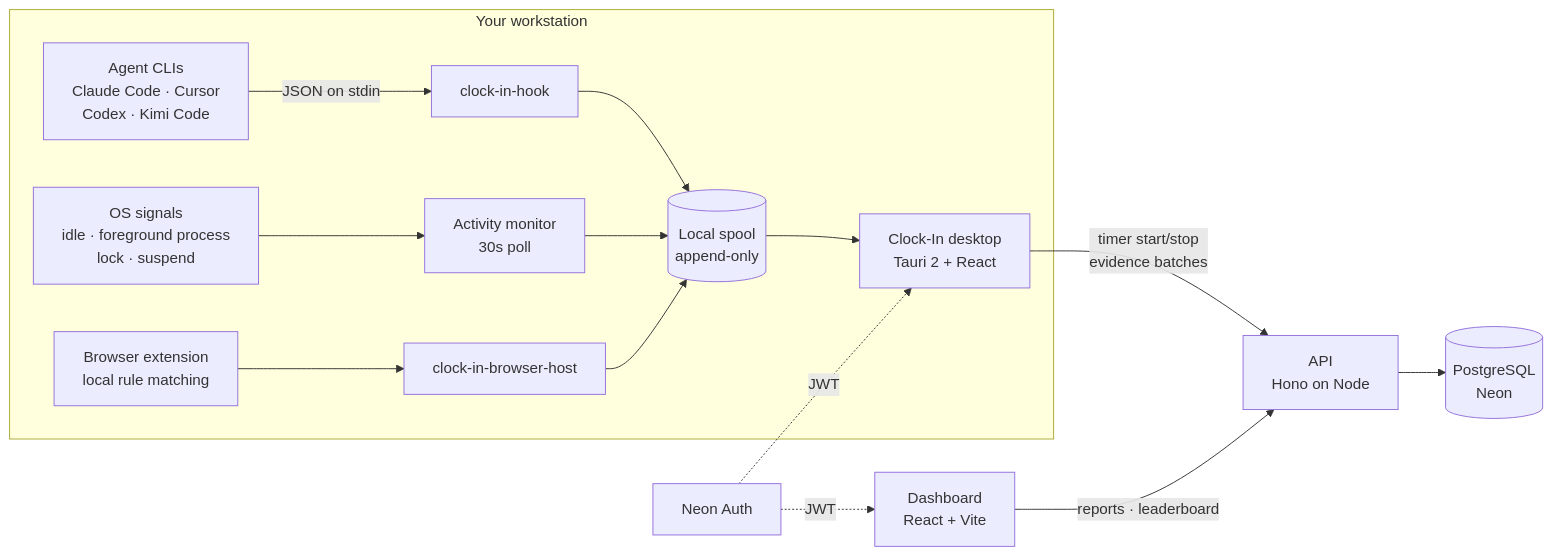
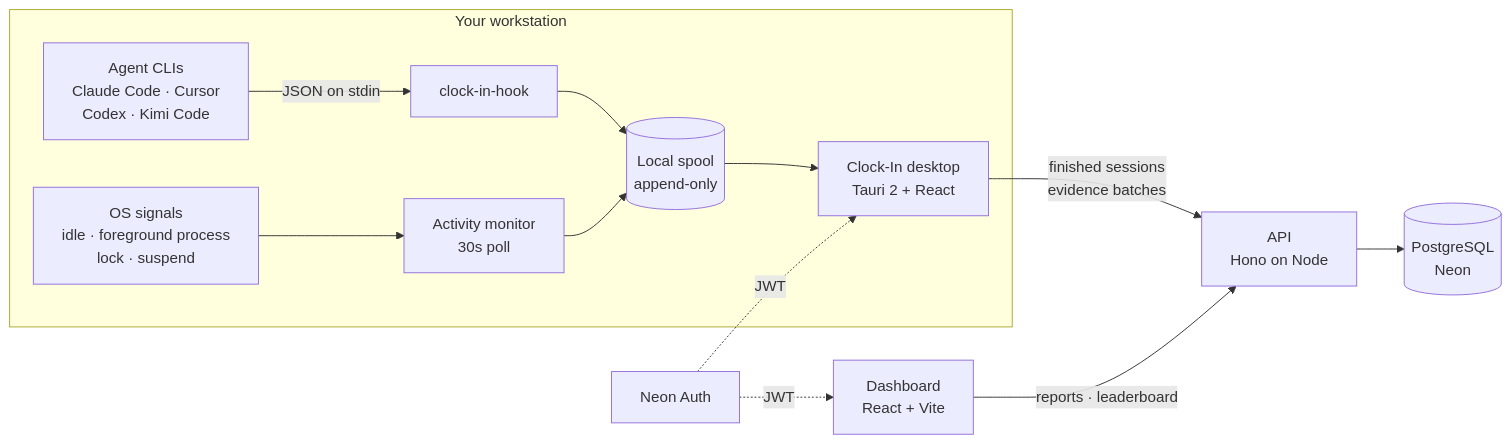
The diagram in README.md (fpresta0607/Clock-In), drawn with Mermaid before and after one commit. The commit also changed other lines of this file, not shown here.

````diff
--- a/README.md
+++ b/README.md
@@ -56,18 +48,16 @@
 ```mermaid
 flowchart LR
     subgraph WS["Your workstation"]
         CLI["Agent CLIs<br/>Claude Code · Cursor<br/>Codex · Kimi Code"] -->|"JSON on stdin"| HOOK["clock-in-hook"]
         OS["OS signals<br/>idle · foreground process<br/>lock · suspend"] --> MON["Activity monitor<br/>30s poll"]
         HOOK --> SPOOL[("Local spool<br/>append-only")]
         MON --> SPOOL
-        EXT["Browser extension<br/>local rule matching"] --> BHOST["clock-in-browser-host"]
-        BHOST --> SPOOL
         SPOOL --> APP["Clock-In desktop<br/>Tauri 2 + React"]
     end
 
-    APP -->|"timer start/stop<br/>evidence batches"| API["API<br/>Hono on Node"]
+    APP -->|"finished sessions<br/>evidence batches"| API["API<br/>Hono on Node"]
     WEB["Dashboard<br/>React + Vite"] -->|"reports · leaderboard"| API
     API --> DB[("PostgreSQL<br/>Neon")]
     AUTH["Neon Auth"] -.->|"JWT"| APP
     AUTH -.->|"JWT"| WEB
 ```
````
